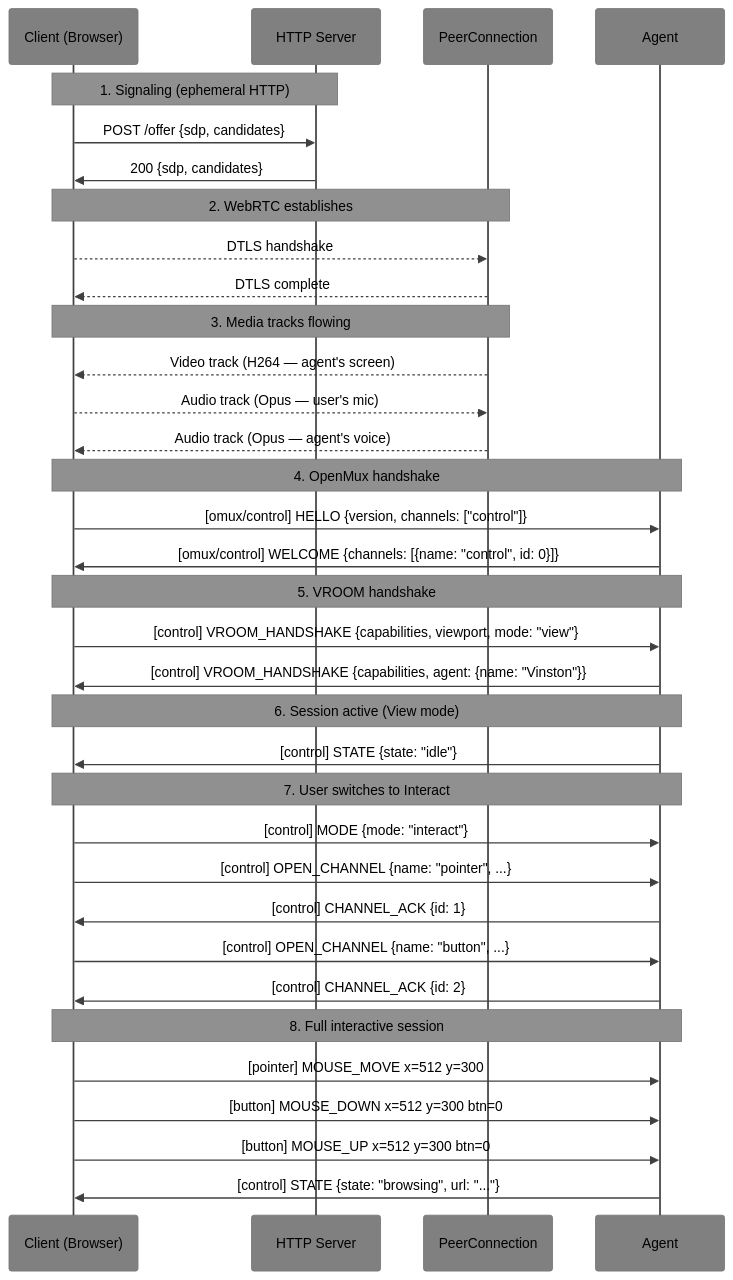
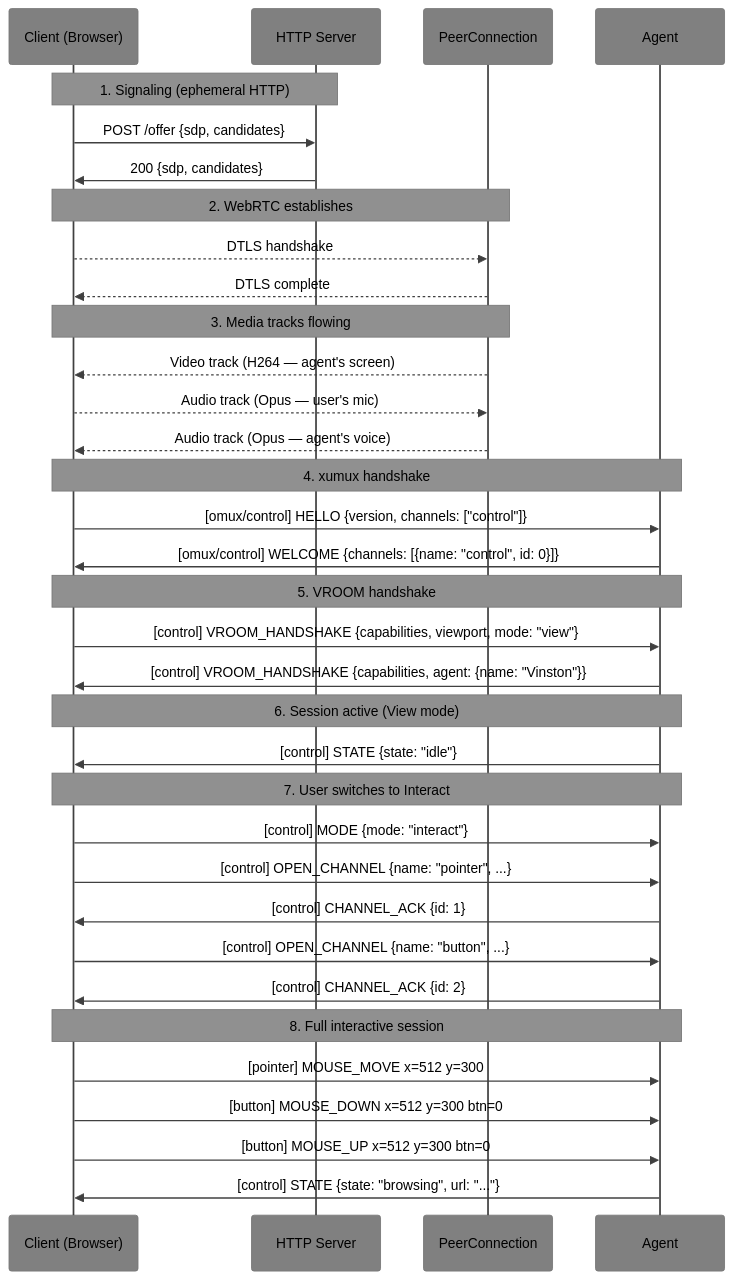
Before and after one commit to deftai/vroom: diagram 20 of 23 in VROOM-Graphical.md, drawn with Mermaid. The commit also changed other lines of this file and 3 other files, not shown here.

First line of the commit message:
docs: rename OpenMux to xumux and update links to xumux.org

````diff
--- a/VROOM-Graphical.md
+++ b/VROOM-Graphical.md
@@ -770,45 +770,45 @@
 ```mermaid
 %%{init: {'theme': 'base', 'themeVariables': {'primaryTextColor': '#000000', 'secondaryTextColor': '#000000', 'tertiaryTextColor': '#000000', 'noteTextColor': '#000000', 'primaryColor': '#909090', 'secondaryColor': '#808080', 'tertiaryColor': '#707070', 'lineColor': '#404040', 'actorLineColor': '#404040', 'signalColor': '#404040', 'actorBkg': '#808080', 'actorTextColor': '#000000', 'noteBkgColor': '#909090'}}}%%
 sequenceDiagram
     participant C as Client (Browser)
     participant H as HTTP Server
     participant P as PeerConnection
     participant A as Agent
 
     Note over C,H: 1. Signaling (ephemeral HTTP)
     C->>H: POST /offer {sdp, candidates}
     H->>C: 200 {sdp, candidates}
 
     Note over C,P: 2. WebRTC establishes
     C-->>P: DTLS handshake
     P-->>C: DTLS complete
 
     Note over C,P: 3. Media tracks flowing
     P-->>C: Video track (H264 — agent's screen)
     C-->>P: Audio track (Opus — user's mic)
     P-->>C: Audio track (Opus — agent's voice)
 
-    Note over C,A: 4. OpenMux handshake
+    Note over C,A: 4. xumux handshake
     C->>A: [omux/control] HELLO {version, channels: ["control"]}
     A->>C: [omux/control] WELCOME {channels: [{name: "control", id: 0}]}
 
     Note over C,A: 5. VROOM handshake
     C->>A: [control] VROOM_HANDSHAKE {capabilities, viewport, mode: "view"}
     A->>C: [control] VROOM_HANDSHAKE {capabilities, agent: {name: "Vinston"}}
 
     Note over C,A: 6. Session active (View mode)
     A->>C: [control] STATE {state: "idle"}
 
     Note over C,A: 7. User switches to Interact
     C->>A: [control] MODE {mode: "interact"}
     C->>A: [control] OPEN_CHANNEL {name: "pointer", ...}
     A->>C: [control] CHANNEL_ACK {id: 1}
     C->>A: [control] OPEN_CHANNEL {name: "button", ...}
     A->>C: [control] CHANNEL_ACK {id: 2}
 
     Note over C,A: 8. Full interactive session
     C->>A: [pointer] MOUSE_MOVE x=512 y=300
     C->>A: [button] MOUSE_DOWN x=512 y=300 btn=0
     C->>A: [button] MOUSE_UP x=512 y=300 btn=0
     A->>C: [control] STATE {state: "browsing", url: "..."}
 ```
````
